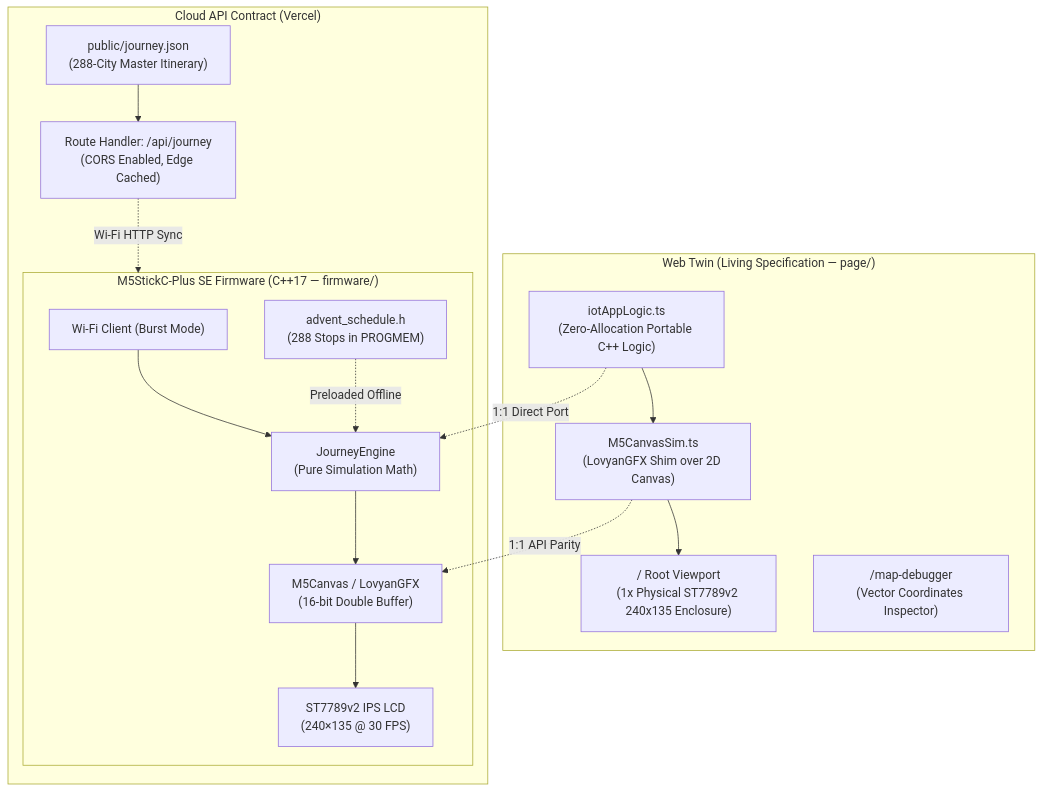
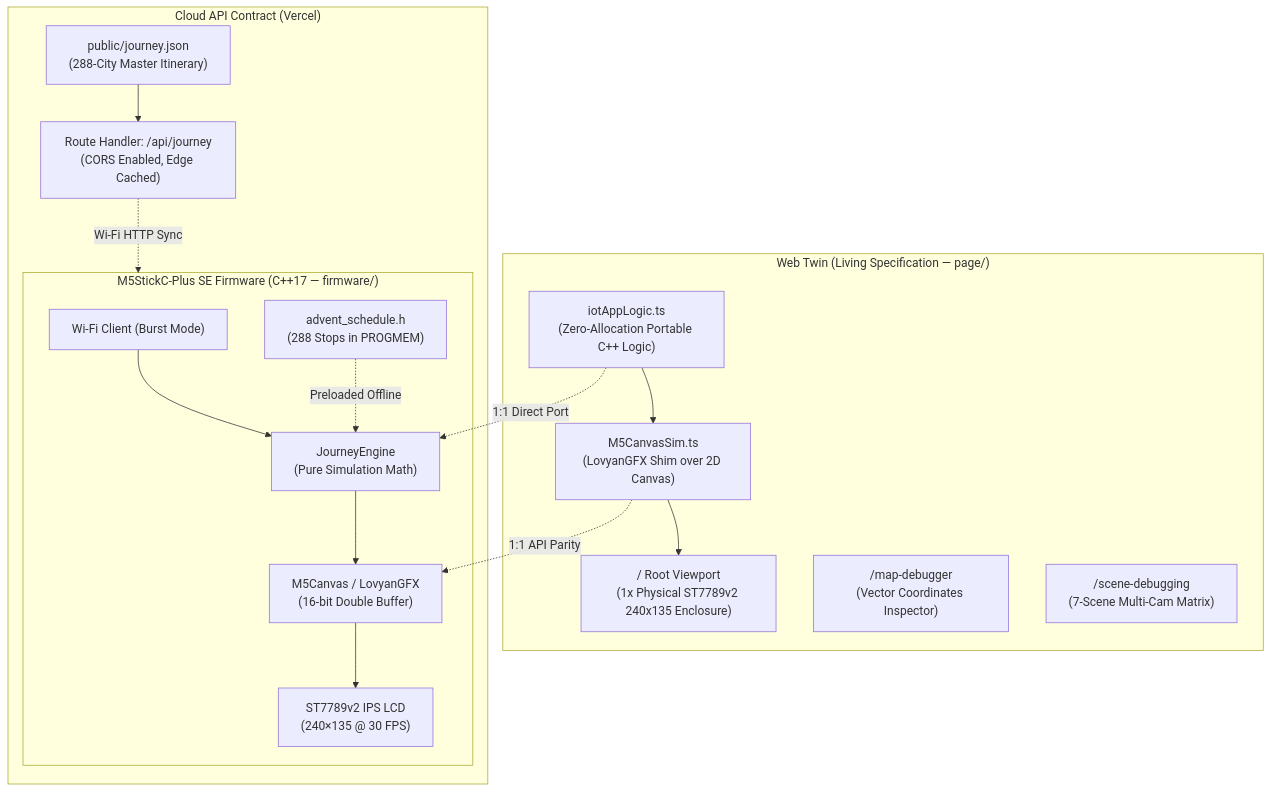
The first of 2 diagrams in docs/ARCHITECTURE.md (frogermcs/santa-tracker), drawn with Mermaid before and after one commit. The commit also changed other lines of this file and 28 other files, not shown here.

````diff
--- a/docs/ARCHITECTURE.md
+++ b/docs/ARCHITECTURE.md
@@ -11,35 +11,36 @@
 ```mermaid
 flowchart TD
     subgraph Web["Web Twin (Living Specification — page/)"]
         M5CanvasSim["M5CanvasSim.ts<br/>(LovyanGFX Shim over 2D Canvas)"]
         IoTLogic["iotAppLogic.ts<br/>(Zero-Allocation Portable C++ Logic)"]
         RootPage["/ Root Viewport<br/>(1x Physical ST7789v2 240x135 Enclosure)"]
         MapDebugger["/map-debugger<br/>(Vector Coordinates Inspector)"]
+        SceneDebugger["/scene-debugging<br/>(7-Scene Multi-Cam Matrix)"]
         
         IoTLogic --> M5CanvasSim
         M5CanvasSim --> RootPage
     end
 
     subgraph Cloud["Cloud API Contract (Vercel)"]
         DataFile["public/journey.json<br/>(288-City Master Itinerary)"]
         API["Route Handler: /api/journey<br/>(CORS Enabled, Edge Cached)"]
         DataFile --> API
         API -.->|Wi-Fi HTTP Sync| IoT
     end
 
     subgraph IoT["M5StickC-Plus SE Firmware (C++17 — firmware/)"]
         WiFi["Wi-Fi Client (Burst Mode)"]
         AdventFlash["advent_schedule.h<br/>(288 Stops in PROGMEM)"]
         CoreEngine["JourneyEngine<br/>(Pure Simulation Math)"]
         LovyanGFX["M5Canvas / LovyanGFX<br/>(16-bit Double Buffer)"]
         HardwareDisplay["ST7789v2 IPS LCD<br/>(240×135 @ 30 FPS)"]
 
         WiFi --> CoreEngine
         AdventFlash -.->|Preloaded Offline| CoreEngine
         CoreEngine --> LovyanGFX
         LovyanGFX --> HardwareDisplay
     end
 
     IoTLogic -.->|1:1 Direct Port| CoreEngine
     M5CanvasSim -.->|1:1 API Parity| LovyanGFX
 ```
````
